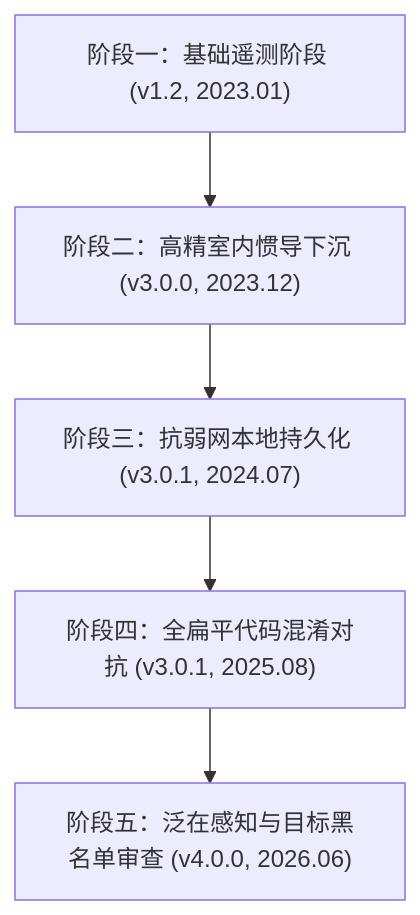
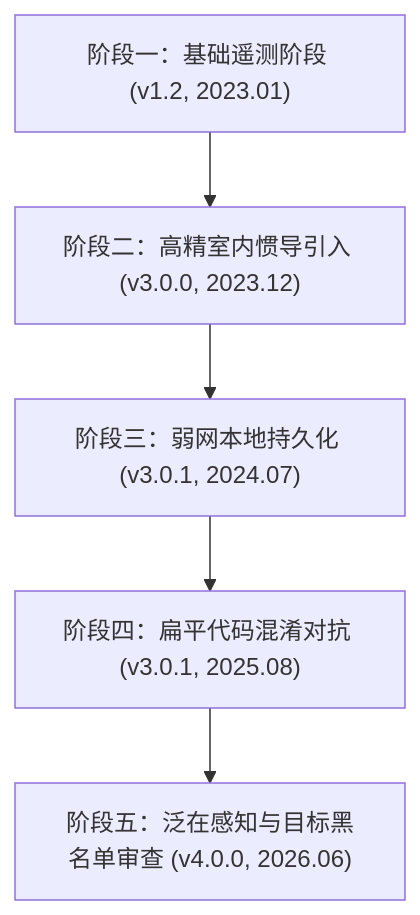
Before and after one commit to ZGQ-inc/jekyll-blog: the first of 4 diagrams in _posts/CopyRightZGQInc/2026-11-05-syshlp.md, drawn with Mermaid. The commit also changed other lines of this file, not shown here.

````diff
--- a/_posts/CopyRightZGQInc/2026-11-05-syshlp.md
+++ b/_posts/CopyRightZGQInc/2026-11-05-syshlp.md
@@ -341,7 +352,7 @@
 ```mermaid
 flowchart TD
-    A["阶段一：基础遥测阶段 (v1.2, 2023.01)"] --> B["阶段二：高精室内惯导下沉 (v3.0.0, 2023.12)"]
-    B --> C["阶段三：抗弱网本地持久化 (v3.0.1, 2024.07)"]
-    C --> D["阶段四：全扁平代码混淆对抗 (v3.0.1, 2025.08)"]
+    A["阶段一：基础遥测阶段 (v1.2, 2023.01)"] --> B["阶段二：高精室内惯导引入 (v3.0.0, 2023.12)"]
+    B --> C["阶段三：弱网本地持久化 (v3.0.1, 2024.07)"]
+    C --> D["阶段四：扁平代码混淆对抗 (v3.0.1, 2025.08)"]
     D --> E["阶段五：泛在感知与目标黑名单审查 (v4.0.0, 2026.06)"]
 ```
````
